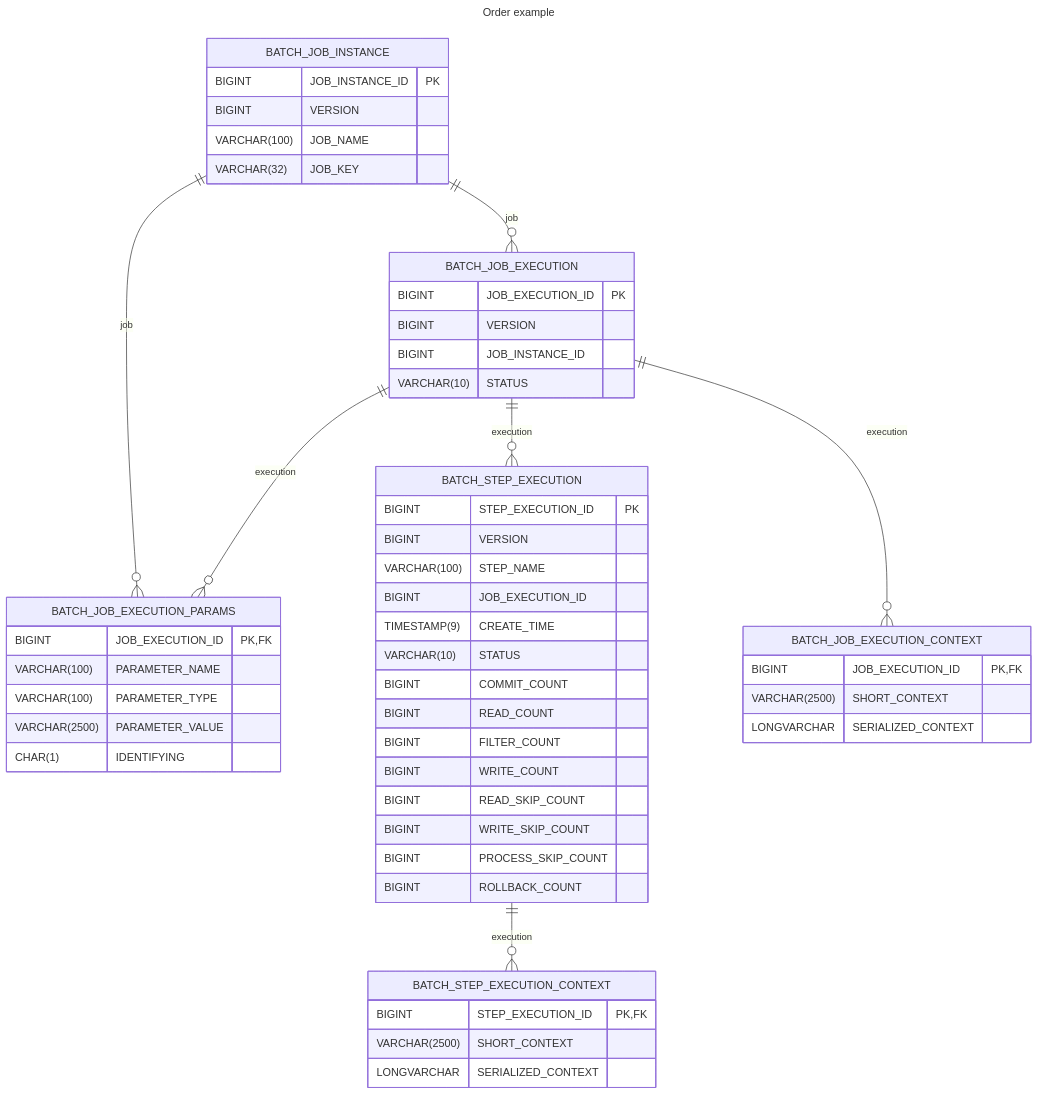
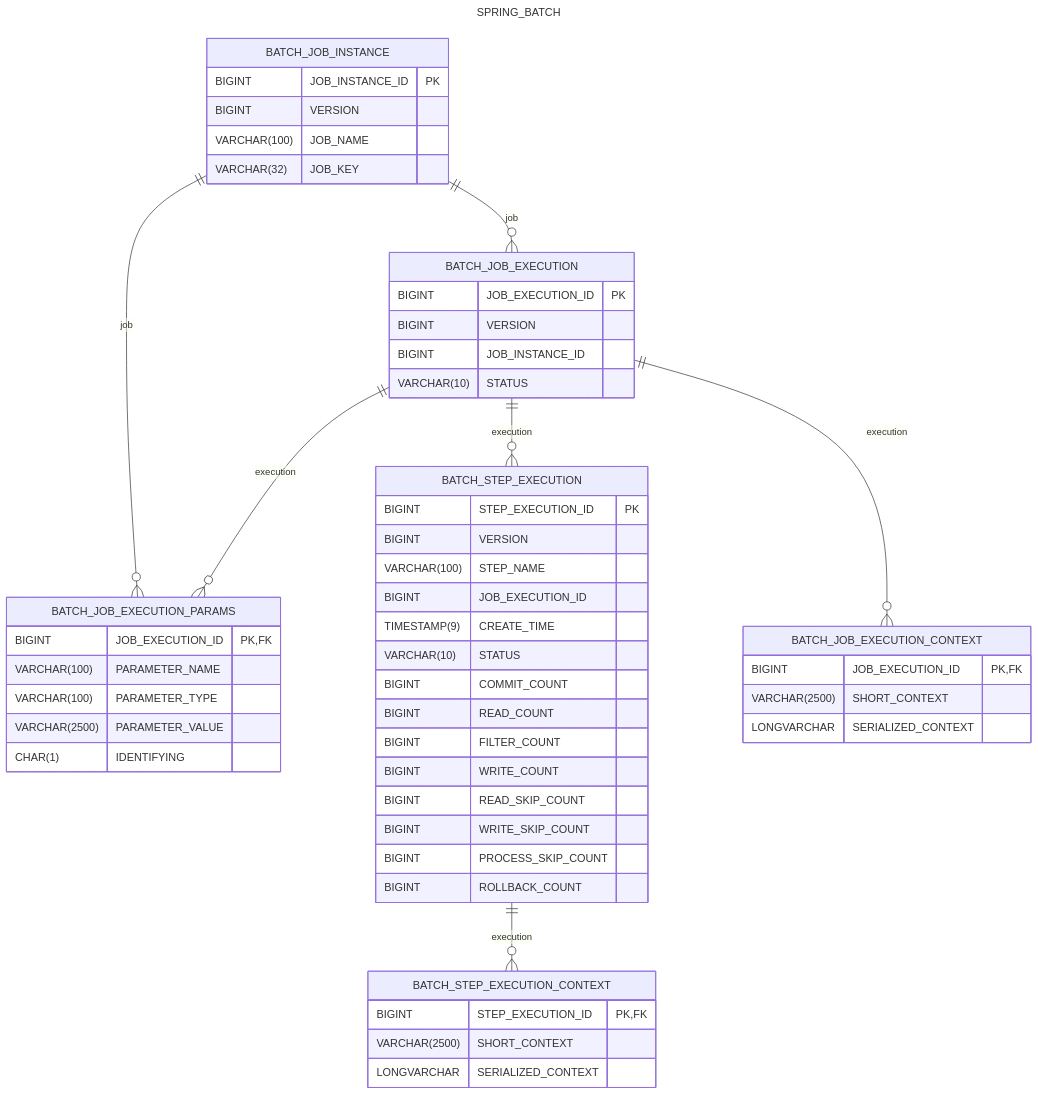
One commit to rock-hu/technology_radar changed the fourth of 4 diagrams in docs/languages-and-frameworks/spring-batch.md. Above: the diagram before and after it, drawn with Mermaid. The commit also changed other lines of this file and 7 other files, not shown here.

````diff
--- a/docs/languages-and-frameworks/spring-batch.md
+++ b/docs/languages-and-frameworks/spring-batch.md
@@ -259,58 +289,58 @@
 ```mermaid
 ---
-title: Order example
+title: SPRING_BATCH
 ---
 erDiagram
     BATCH_JOB_INSTANCE {
      BIGINT JOB_INSTANCE_ID PK
      BIGINT VERSION
      VARCHAR(100) JOB_NAME
      VARCHAR(32) JOB_KEY
     }
     BATCH_JOB_EXECUTION {
      BIGINT JOB_EXECUTION_ID PK
      BIGINT VERSION
      BIGINT JOB_INSTANCE_ID
      VARCHAR(10) STATUS
     }
     BATCH_JOB_EXECUTION_PARAMS {
      BIGINT JOB_EXECUTION_ID PK, FK
      VARCHAR(100) PARAMETER_NAME
      VARCHAR(100) PARAMETER_TYPE
      VARCHAR(2500) PARAMETER_VALUE
      CHAR(1) IDENTIFYING
     }
     BATCH_STEP_EXECUTION {
      BIGINT STEP_EXECUTION_ID PK
      BIGINT VERSION
      VARCHAR(100) STEP_NAME
      BIGINT JOB_EXECUTION_ID
      TIMESTAMP(9) CREATE_TIME
      VARCHAR(10) STATUS
      BIGINT COMMIT_COUNT
      BIGINT READ_COUNT
      BIGINT FILTER_COUNT
      BIGINT WRITE_COUNT
      BIGINT READ_SKIP_COUNT
      BIGINT WRITE_SKIP_COUNT
      BIGINT PROCESS_SKIP_COUNT
      BIGINT ROLLBACK_COUNT
     }
     BATCH_STEP_EXECUTION_CONTEXT {
      BIGINT STEP_EXECUTION_ID PK, FK
      VARCHAR(2500) SHORT_CONTEXT
      LONGVARCHAR SERIALIZED_CONTEXT
     }
     BATCH_JOB_EXECUTION_CONTEXT {
      BIGINT JOB_EXECUTION_ID PK, FK
      VARCHAR(2500) SHORT_CONTEXT
      LONGVARCHAR SERIALIZED_CONTEXT
     }
 
     BATCH_JOB_INSTANCE ||--o{ BATCH_JOB_EXECUTION_PARAMS : job
     BATCH_JOB_INSTANCE ||--o{ BATCH_JOB_EXECUTION : job
     BATCH_JOB_EXECUTION ||--o{ BATCH_JOB_EXECUTION_PARAMS : execution
     BATCH_JOB_EXECUTION ||--o{ BATCH_STEP_EXECUTION : execution
     BATCH_JOB_EXECUTION ||--o{ BATCH_JOB_EXECUTION_CONTEXT : execution
     BATCH_STEP_EXECUTION ||--o{ BATCH_STEP_EXECUTION_CONTEXT : execution
 ```
````
